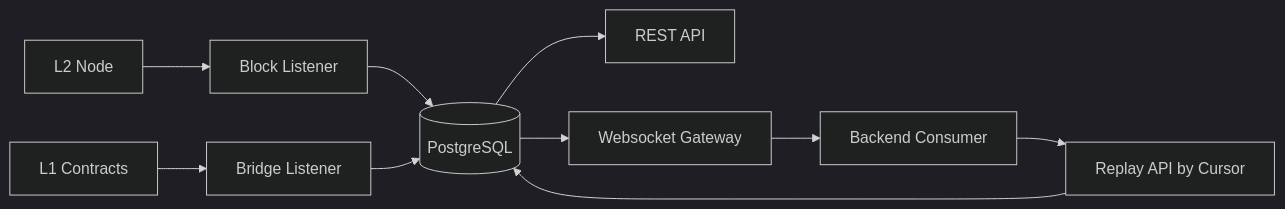
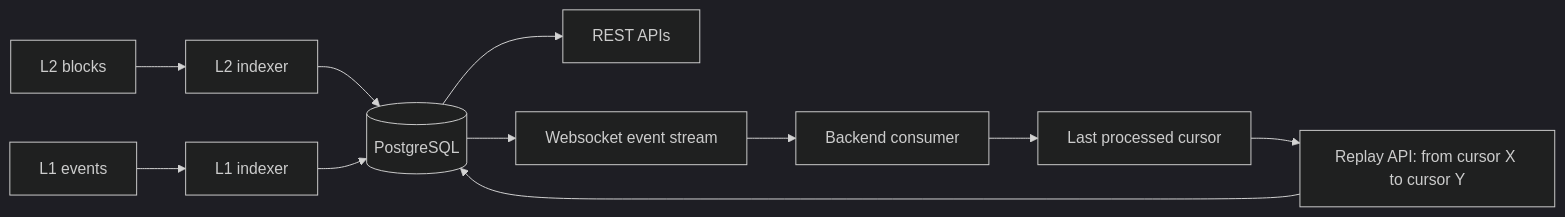
One commit to TeQoin-Blockchain/TeQoin-l2 changed the seventh of 8 diagrams in docs/ARCHITECTURE.md. Above: the diagram before and after it, drawn with Mermaid (dark theme). The commit also changed other lines of this file and 2 other files, not shown here.

Commit message:
docs(readme): polish architecture visuals

````diff
--- a/docs/ARCHITECTURE.md
+++ b/docs/ARCHITECTURE.md
@@ -195,12 +246,13 @@
 ```mermaid
 flowchart LR
-  l2[L2 Node] --> blockListener[Block Listener]
-  l1[L1 Contracts] --> bridgeListener[Bridge Listener]
-  blockListener --> db[(PostgreSQL)]
-  bridgeListener --> db
-  db --> api[REST API]
-  db --> ws[Websocket Gateway]
-  ws --> consumer[Backend Consumer]
-  consumer --> replay[Replay API by Cursor]
-  replay --> db
+  L2[L2 blocks] --> L2I[L2 indexer]
+  L1[L1 events] --> L1I[L1 indexer]
+  L2I --> DB[(PostgreSQL)]
+  L1I --> DB
+  DB --> REST[REST APIs]
+  DB --> WS[Websocket event stream]
+  WS --> Consumer[Backend consumer]
+  Consumer --> Cursor[Last processed cursor]
+  Cursor --> Replay[Replay API: from cursor X to cursor Y]
+  Replay --> DB
 ```
````
